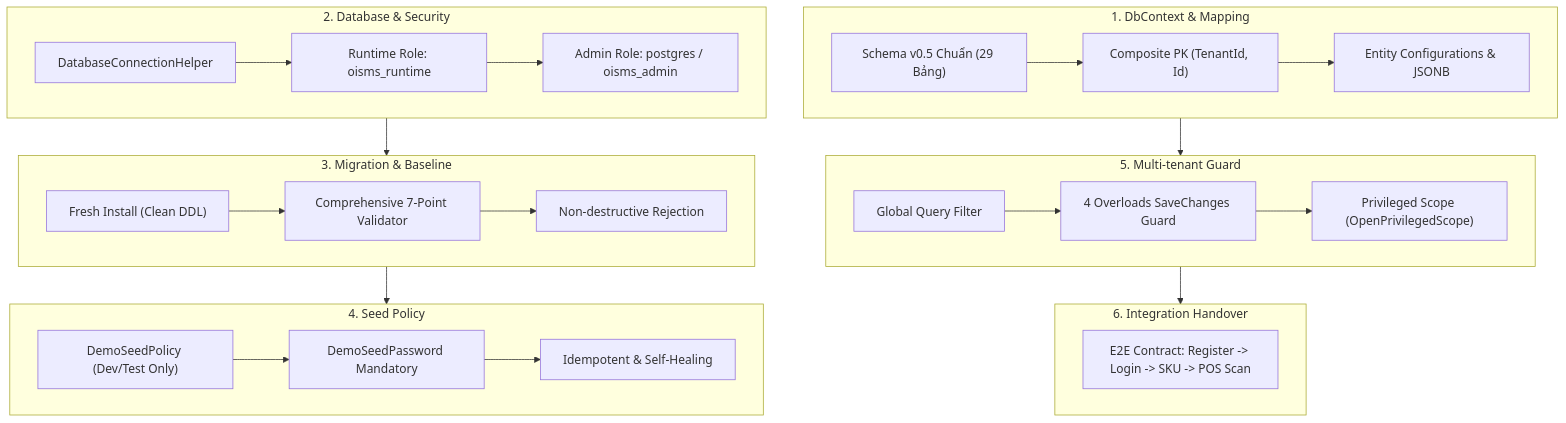
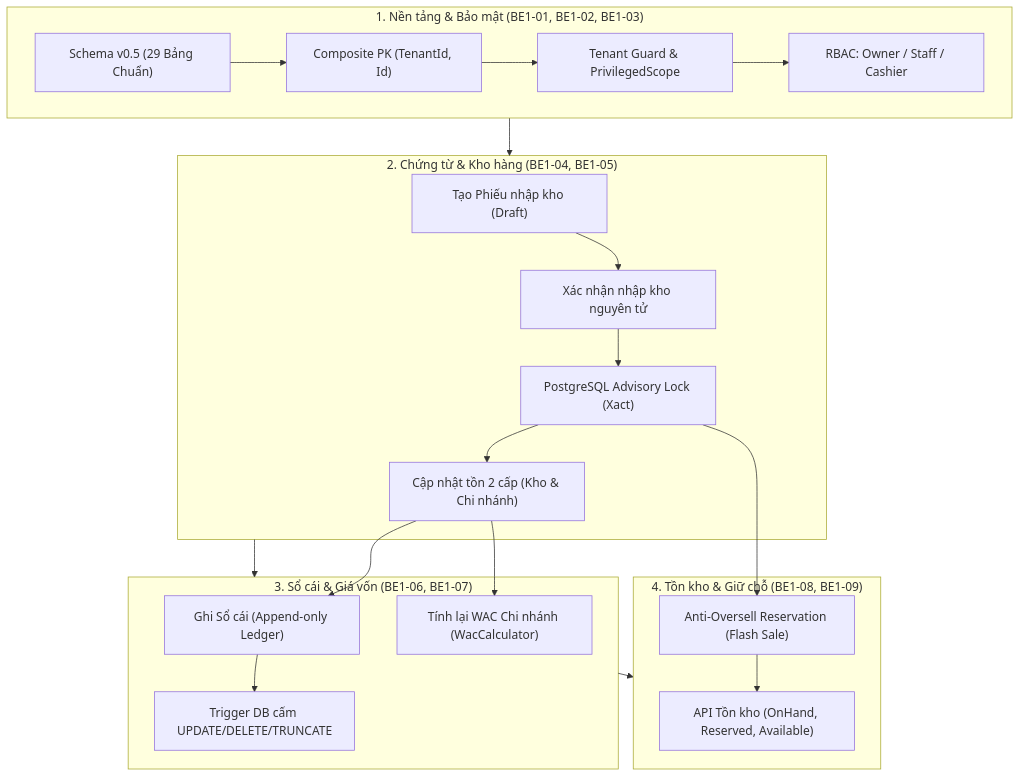
Before and after one commit to khoalvd839764-netizen/OISMS: the diagram in docs/Dang Khoa report/README.md, drawn with Mermaid. The commit also changed other lines of this file and 31 other files, not shown here.

First line of the commit message:
[OISMS-26] feat(backend): Hoan thien So cai kho bat bien, Nhap kho nguyen tu, Tinh gia von WAC va Giu cho ton kho

````diff
--- a/docs/Dang Khoa report/README.md
+++ b/docs/Dang Khoa report/README.md
@@ -15,36 +16,31 @@
 ```mermaid
 flowchart TD
-    subgraph S1["1. DbContext & Mapping"]
-        A["Schema v0.5 Chuẩn (29 Bảng)"] --> B["Composite PK (TenantId, Id)"]
-        B --> C["Entity Configurations & JSONB"]
+    subgraph S1["1. Nền tảng & Bảo mật (BE1-01, BE1-02, BE1-03)"]
+        A["Schema v0.5 (29 Bảng Chuẩn)"] --> B["Composite PK (TenantId, Id)"]
+        B --> C["Tenant Guard & PrivilegedScope"]
+        C --> D["RBAC: Owner / Staff / Cashier"]
     end
 
-    subgraph S2["2. Database & Security"]
-        D["DatabaseConnectionHelper"] --> E["Runtime Role: oisms_runtime"]
-        E --> F["Admin Role: postgres / oisms_admin"]
+    subgraph S2["2. Chứng từ & Kho hàng (BE1-04, BE1-05)"]
+        E["Tạo Phiếu nhập kho (Draft)"] --> F["Xác nhận nhập kho nguyên tử"]
+        F --> G["PostgreSQL Advisory Lock (Xact)"]
+        G --> H["Cập nhật tồn 2 cấp (Kho & Chi nhánh)"]
     end
 
-    subgraph S3["3. Migration & Baseline"]
-        G["Fresh Install (Clean DDL)"] --> H["Comprehensive 7-Point Validator"]
-        H --> I["Non-destructive Rejection"]
+    subgraph S3["3. Sổ cái & Giá vốn (BE1-06, BE1-07)"]
+        H --> I["Ghi Sổ cái (Append-only Ledger)"]
+        H --> J["Tính lại WAC Chi nhánh (WacCalculator)"]
+        I --> K["Trigger DB cấm UPDATE/DELETE/TRUNCATE"]
     end
 
-    subgraph S4["4. Seed Policy"]
-        J["DemoSeedPolicy (Dev/Test Only)"] --> K["DemoSeedPassword Mandatory"]
-        K --> L["Idempotent & Self-Healing"]
+    subgraph S4["4. Tồn kho & Giữ chỗ (BE1-08, BE1-09)"]
+        L["API Tồn kho (OnHand, Reserved, Available)"]
+        M["Anti-Oversell Reservation (Flash Sale)"]
+        G --> M
+        M --> L
     end
 
-    subgraph S5["5. Multi-tenant Guard"]
-        M["Global Query Filter"] --> N["4 Overloads SaveChanges Guard"]
-        N --> O["Privileged Scope (OpenPrivilegedScope)"]
-    end
-
-    subgraph S6["6. Integration Handover"]
-        P["E2E Contract: Register -> Login -> SKU -> POS Scan"]
-    end
-
-    S1 --> S5
+    S1 --> S2
     S2 --> S3
     S3 --> S4
-    S5 --> S6
 ```
````
